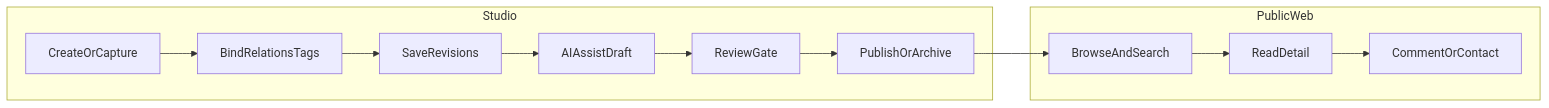
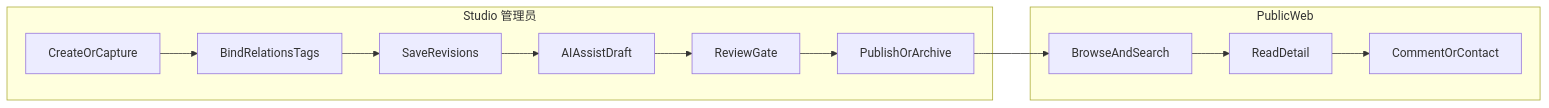
Before and after one commit to HappyLadySauce/Beehive-Blog: the diagram in docs/product-principles.md, drawn with Mermaid. The commit also changed other lines of this file and 45 other files, not shown here.

````diff
--- a/docs/product-principles.md
+++ b/docs/product-principles.md
@@ -79,19 +80,19 @@
 ```mermaid
 flowchart LR
-  subgraph studio [Studio]
+  subgraph studio [Studio 管理员]
     create[CreateOrCapture]
     relate[BindRelationsTags]
     version[SaveRevisions]
     aiDraft[AIAssistDraft]
     review[ReviewGate]
     publish[PublishOrArchive]
   end
   subgraph public [PublicWeb]
     browse[BrowseAndSearch]
     read[ReadDetail]
     engage[CommentOrContact]
   end
   create --> relate --> version
   version --> aiDraft --> review --> publish
   publish --> browse --> read --> engage
 ```
````
